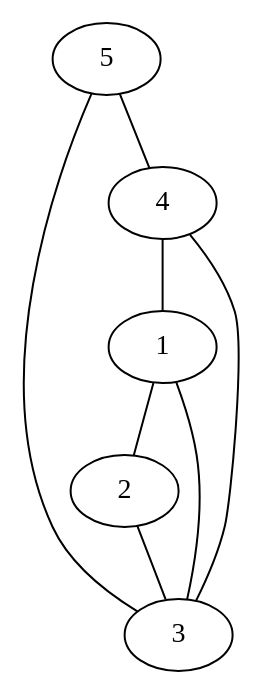
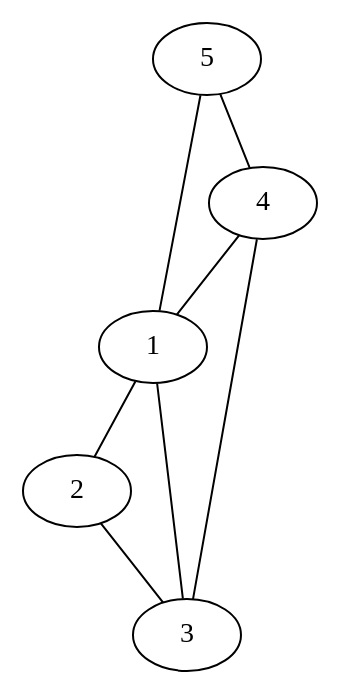
One commit to AltairAG/DAA- changed the diagram in DAlgoritmos/Proyecto/Archivos/DorogovtsevMendes.gv. Above: the diagram before and after it, drawn with Graphviz. The commit also changed 219 other files, not shown here.

```diff
--- a/DAlgoritmos/Proyecto/Archivos/DorogovtsevMendes.gv
+++ b/DAlgoritmos/Proyecto/Archivos/DorogovtsevMendes.gv
@@ -1,21 +1,21 @@
 graph G {
 1;
 2;
 3;
 1;
 2;
 3;
 4;
 1;
 2;
 3;
 4;
 5;
 1 -- 2;
 2 -- 3;
 3 -- 1;
 4 -- 3;
 4 -- 1;
 5 -- 4;
-5 -- 3;
+5 -- 1;
 }
```
